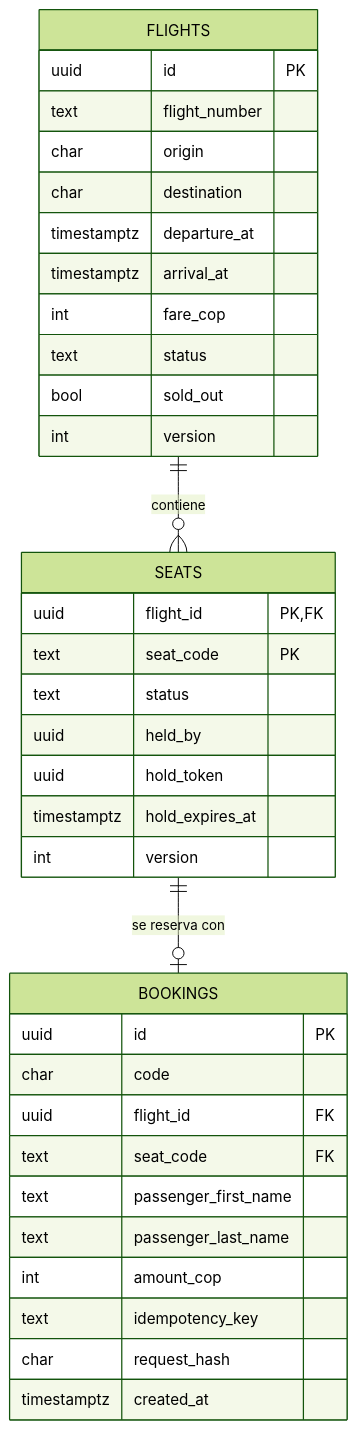
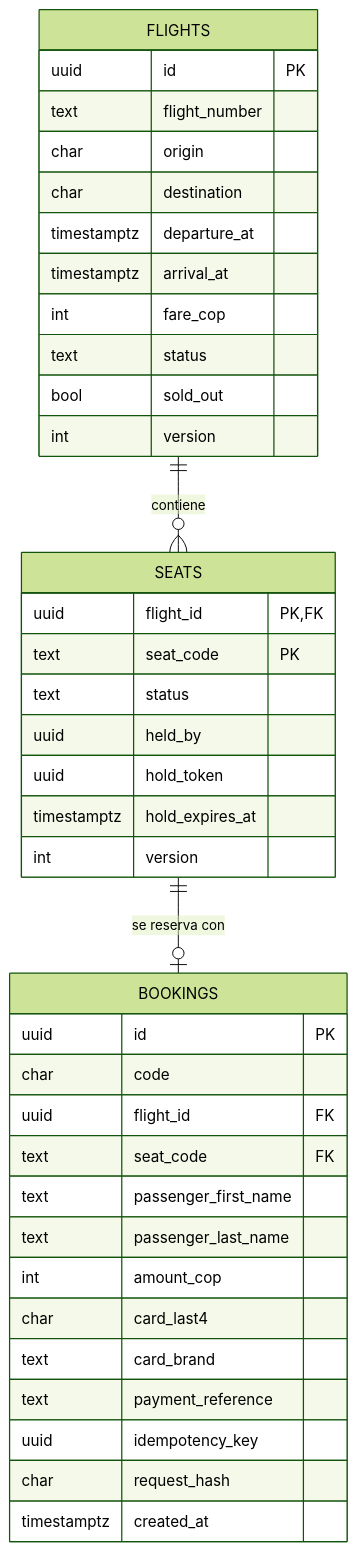
Before and after one commit to ingebatista/aeropulse-flight-booking: the diagram in docs/persistence.md, drawn with Mermaid (forest theme). The commit also changed other lines of this file and 2 other files, not shown here.

````diff
--- a/docs/persistence.md
+++ b/docs/persistence.md
@@ -24,39 +31,42 @@
 ```mermaid
 erDiagram
   FLIGHTS ||--o{ SEATS : "contiene"
   SEATS ||--o| BOOKINGS : "se reserva con"
 
   FLIGHTS {
     uuid id PK
     text flight_number
     char origin
     char destination
     timestamptz departure_at
     timestamptz arrival_at
     int fare_cop
     text status
     bool sold_out
     int version
   }
   SEATS {
     uuid flight_id PK, FK
     text seat_code PK
     text status
     uuid held_by
     uuid hold_token
     timestamptz hold_expires_at
     int version
   }
   BOOKINGS {
     uuid id PK
     char code
     uuid flight_id FK
     text seat_code FK
     text passenger_first_name
     text passenger_last_name
     int amount_cop
-    text idempotency_key
+    char card_last4
+    text card_brand
+    text payment_reference
+    uuid idempotency_key
     char request_hash
     timestamptz created_at
   }
 ```
````
